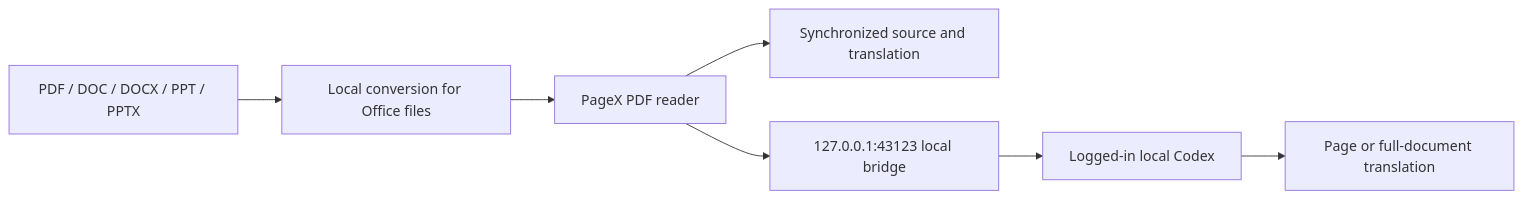
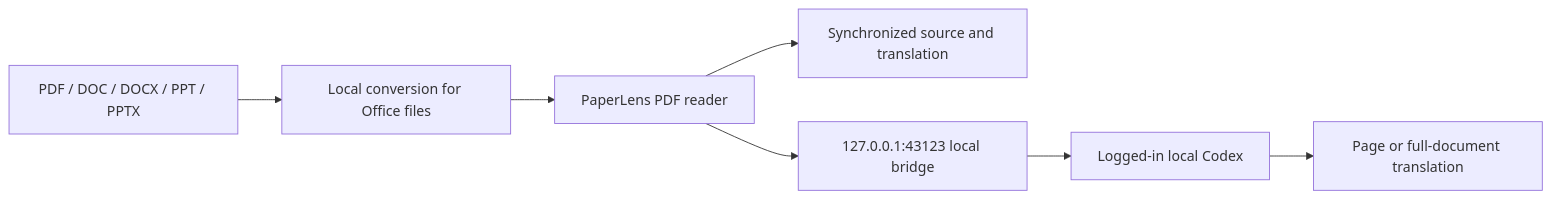
One commit to NaCr05/PaperLens changed the diagram in README.en.md. Above: the diagram before and after it, drawn with Mermaid. The commit also changed other lines of this file and 2 other files, not shown here.

Commit message:
docs: add PaperLens demo video and rename README branding

````diff
--- a/README.en.md
+++ b/README.en.md
@@ -32,9 +36,9 @@
 ```mermaid
 flowchart LR
   INPUT["PDF / DOC / DOCX / PPT / PPTX"] --> CONVERT["Local conversion for Office files"]
-  CONVERT --> READER["PageX PDF reader"]
+  CONVERT --> READER["PaperLens PDF reader"]
   READER --> SYNC["Synchronized source and translation"]
   READER --> BRIDGE["127.0.0.1:43123 local bridge"]
   BRIDGE --> CODEX["Logged-in local Codex"]
   CODEX --> TRANSLATION["Page or full-document translation"]
 ```
````
